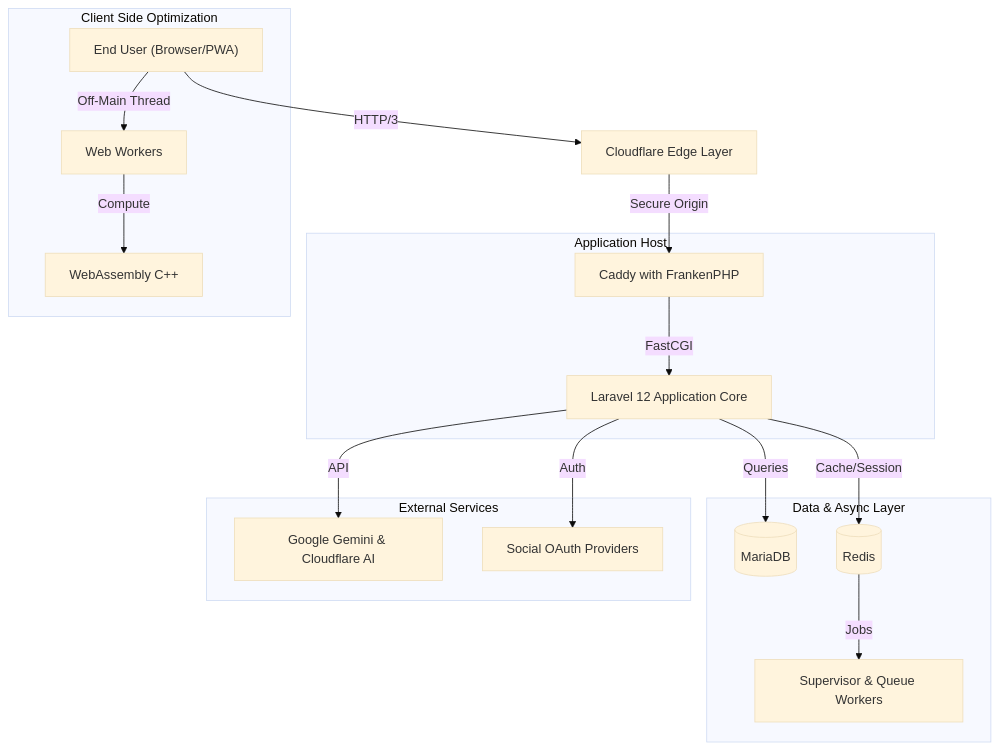
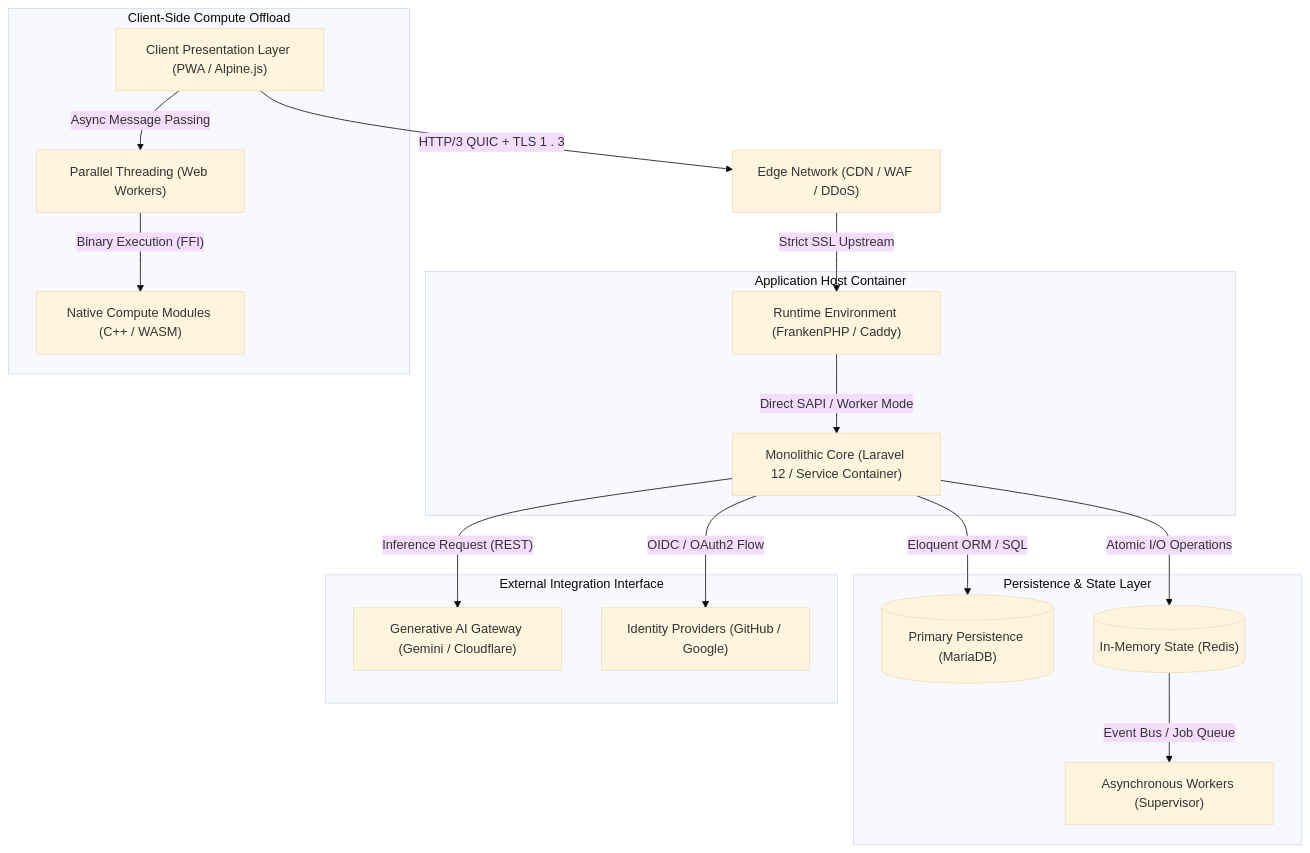
One commit to umaarov/goat-dev changed the diagram in README.md. Above: the diagram before and after it, drawn with Mermaid (base theme). The commit also changed other lines of this file, not shown here.

````diff
--- a/README.md
+++ b/README.md
@@ -76,25 +77,25 @@
 ```mermaid
 graph TD
-    User["End User (Browser/PWA)"] -->|HTTP/3| Cloudflare["Cloudflare Edge Layer"]
-    Cloudflare -->|" Secure Origin "| Server["Web Server & Process Manager"]
+    User["Client Presentation Layer (PWA / Alpine.js)"] -->|HTTP/3 QUIC + TLS 1 . 3| Cloudflare["Edge Network (CDN / WAF / DDoS)"]
+    Cloudflare -->|" Strict SSL Upstream "| Server["Runtime Environment (FrankenPHP / Caddy)"]
 
-    subgraph "Application Host"
-        Server["Caddy with FrankenPHP"] -->|FastCGI| App["Laravel 12 Application Core"]
+    subgraph "Application Host Container"
+        Server -->|" Direct SAPI / Worker Mode "| App["Monolithic Core (Laravel 12 / Service Container)"]
     end
 
-    subgraph "Data & Async Layer"
-        App -->|Queries| DB[("MariaDB")]
-        App -->|" Cache/Session "| Redis[("Redis")]
-        Redis -->|Jobs| Workers["Supervisor & Queue Workers"]
+    subgraph "Persistence & State Layer"
+        App -->|" Eloquent ORM / SQL "| DB[("Primary Persistence (MariaDB)")]
+        App -->|" Atomic I/O Operations "| Redis[("In-Memory State (Redis)")]
+        Redis -->|" Event Bus / Job Queue "| Workers["Asynchronous Workers (Supervisor)"]
     end
 
-    subgraph "External Services"
-        App -->|API| AI["Google Gemini & Cloudflare AI"]
-        App -->|Auth| Social["Social OAuth Providers"]
+    subgraph "External Integration Interface"
+        App -->|" Inference Request (REST) "| AI["Generative AI Gateway (Gemini / Cloudflare)"]
+        App -->|" OIDC / OAuth2 Flow "| Social["Identity Providers (GitHub / Google)"]
     end
 
-    subgraph "Client Side Optimization"
-        User -->|" Off-Main Thread "| WebWorker["Web Workers"]
-        WebWorker -->|Compute| WASM["WebAssembly C++"]
+    subgraph "Client-Side Compute Offload"
+        User -->|" Async Message Passing "| WebWorker["Parallel Threading (Web Workers)"]
+        WebWorker -->|" Binary Execution (FFI) "| WASM["Native Compute Modules (C++ / WASM)"]
     end
 ```
````
